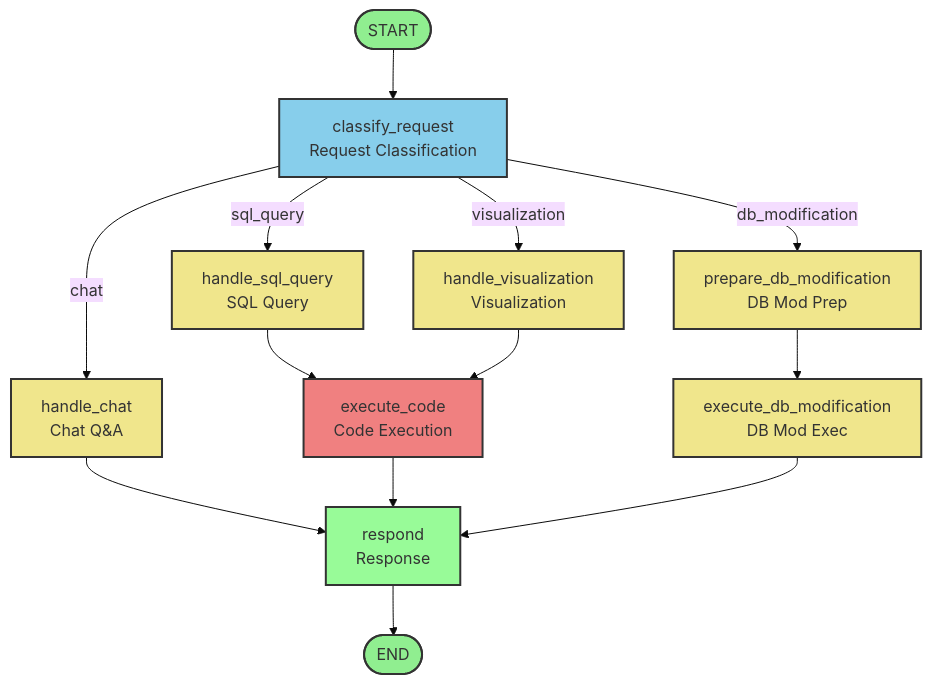
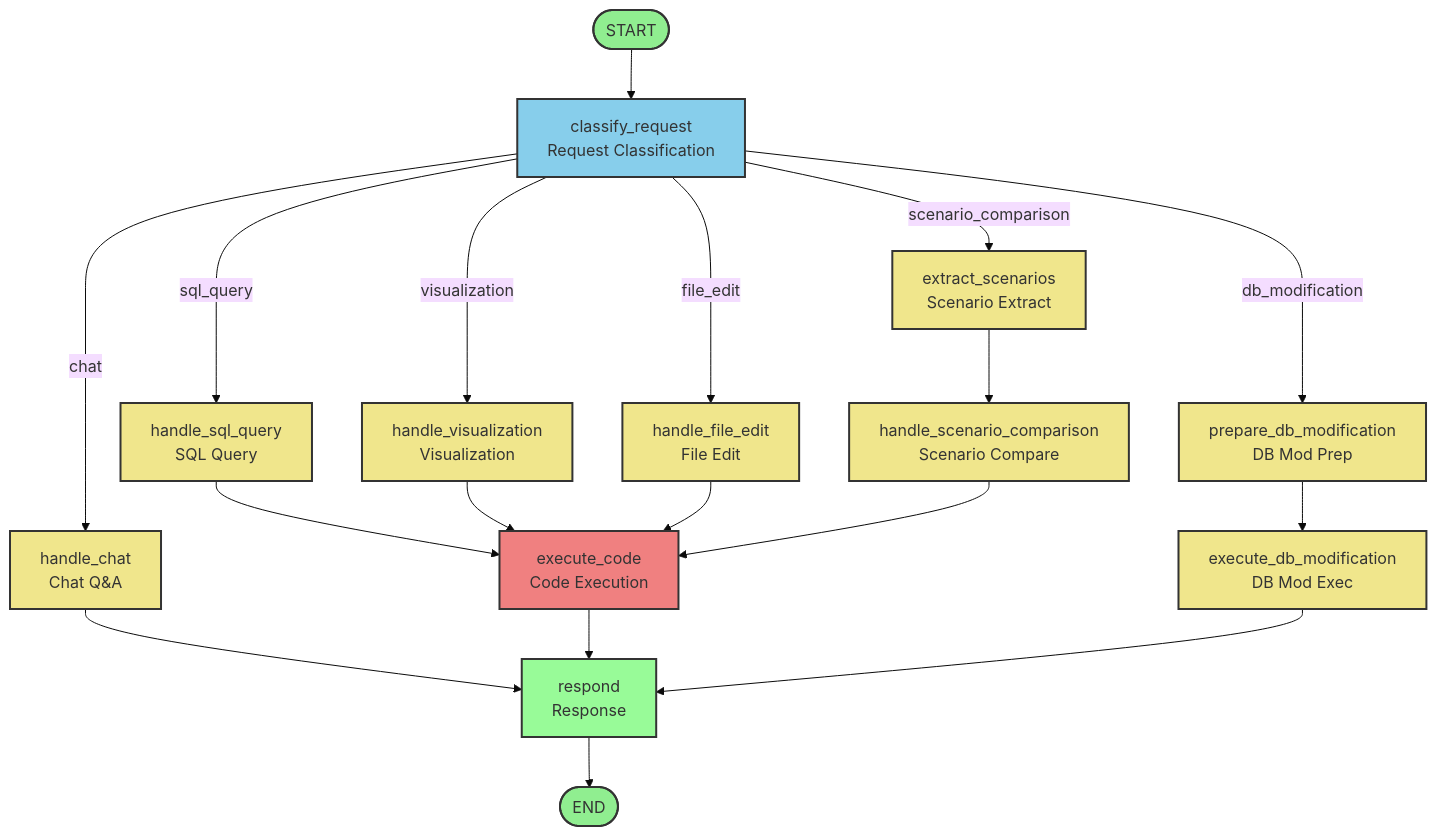
Before and after one commit to T-R3x3r/EYPOR-AI: the diagram in docs/images/simplified_agent_v2_workflow.mmd, drawn with Mermaid (base theme). The commit also changed 5 other files, not shown here.

Commit message:
Update README and workflow diagrams to include new file editing features and enhanced workflow details

```diff
--- a/docs/images/simplified_agent_v2_workflow.mmd
+++ b/docs/images/simplified_agent_v2_workflow.mmd
@@ -1,30 +1,35 @@
 graph TD
     START([START]) --> classify_request[classify_request<br/>Request Classification]
     
     classify_request -->|chat| handle_chat[handle_chat<br/>Chat Q&A]
     classify_request -->|sql_query| handle_sql_query[handle_sql_query<br/>SQL Query]
     classify_request -->|visualization| handle_visualization[handle_visualization<br/>Visualization]
+    classify_request -->|file_edit| handle_file_edit[handle_file_edit<br/>File Edit]
+    classify_request -->|scenario_comparison| extract_scenarios[extract_scenarios<br/>Scenario Extract]
     classify_request -->|db_modification| prepare_db_modification[prepare_db_modification<br/>DB Mod Prep]
     
     handle_chat --> respond[respond<br/>Response]
     handle_sql_query --> execute_code[execute_code<br/>Code Execution]
     handle_visualization --> execute_code
+    handle_file_edit --> execute_code
+    extract_scenarios --> handle_scenario_comparison[handle_scenario_comparison<br/>Scenario Compare]
+    handle_scenario_comparison --> execute_code
     execute_code --> respond
     
     prepare_db_modification --> execute_db_modification[execute_db_modification<br/>DB Mod Exec]
     execute_db_modification --> respond
     
     respond --> END([END])
     
     %% Styling
     classDef startEnd fill:#90EE90,stroke:#333,stroke-width:2px
     classDef classification fill:#87CEEB,stroke:#333,stroke-width:2px
     classDef handler fill:#F0E68C,stroke:#333,stroke-width:2px
     classDef execution fill:#F08080,stroke:#333,stroke-width:2px
     classDef response fill:#98FB98,stroke:#333,stroke-width:2px
     
     class START,END startEnd
     class classify_request classification
-    class handle_chat,handle_sql_query,handle_visualization,prepare_db_modification,execute_db_modification handler
+    class handle_chat,handle_sql_query,handle_visualization,handle_file_edit,extract_scenarios,handle_scenario_comparison,prepare_db_modification,execute_db_modification handler
     class execute_code execution
     class respond response
```
